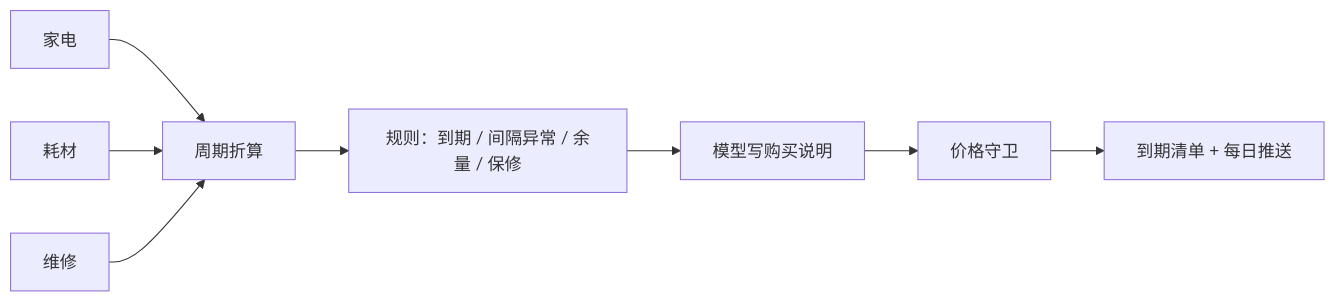
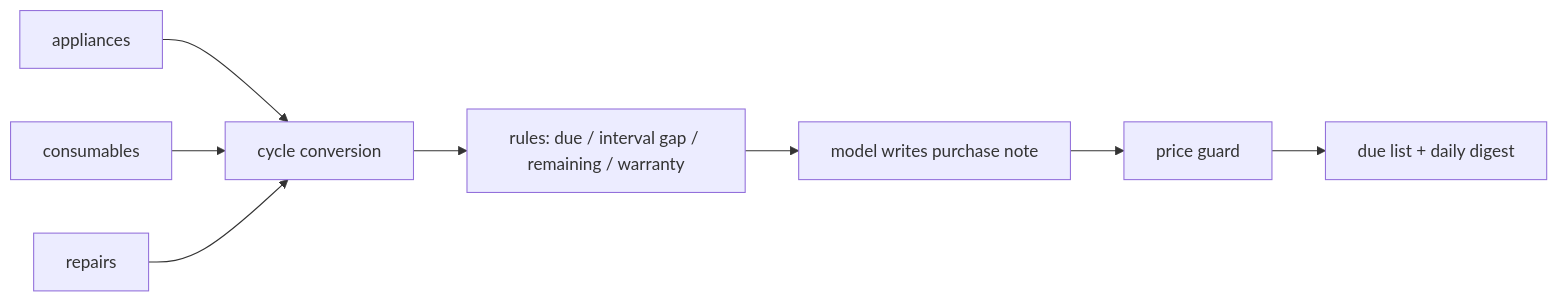
One commit to wushiyi105-jpg/filter changed the diagram in README.en.md. Above: the diagram before and after it, drawn with Mermaid. The commit also changed other lines of this file and 5 other files, not shown here.

````diff
--- a/README.en.md
+++ b/README.en.md
@@ -64,10 +67,10 @@
 ```mermaid
 graph LR
-  A[家电] --> M[周期折算]
-  B[耗材] --> M
-  C[维修] --> M
-  M --> R[规则：到期 / 间隔异常 / 余量 / 保修]
-  R --> P[模型写购买说明]
-  P --> G[价格守卫]
-  G --> O[到期清单 + 每日推送]
+  A[appliances] --> M[cycle conversion]
+  B[consumables] --> M
+  C[repairs] --> M
+  M --> R[rules: due / interval gap / remaining / warranty]
+  R --> P[model writes purchase note]
+  P --> G[price guard]
+  G --> O[due list + daily digest]
 ```
````
